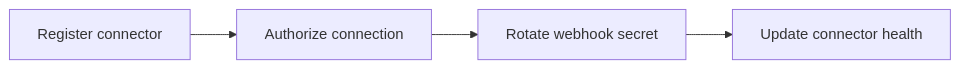
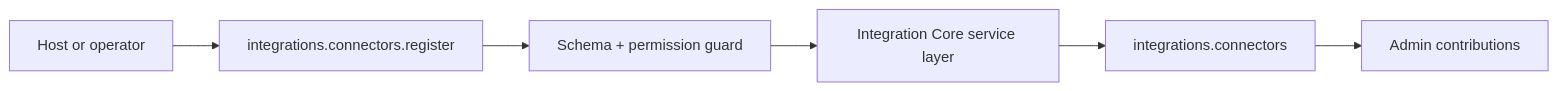
One commit to gutula/gutu-plugin-integration-core changed the diagram in DEVELOPER.md. Above: the diagram before and after it, drawn with Mermaid. The commit also changed other lines of this file and 12 other files, not shown here.

````diff
--- a/DEVELOPER.md
+++ b/DEVELOPER.md
@@ -72,6 +119,8 @@
 ```mermaid
 flowchart LR
-  register["Register connector"] --> authorize["Authorize connection"]
-  authorize --> webhook["Rotate webhook secret"]
-  webhook --> health["Update connector health"]
+  caller["Host or operator"] --> action["integrations.connectors.register"]
+  action --> validation["Schema + permission guard"]
+  validation --> service["Integration Core service layer"]
+  service --> state["integrations.connectors"]
+  state --> ui["Admin contributions"]
 ```
````
